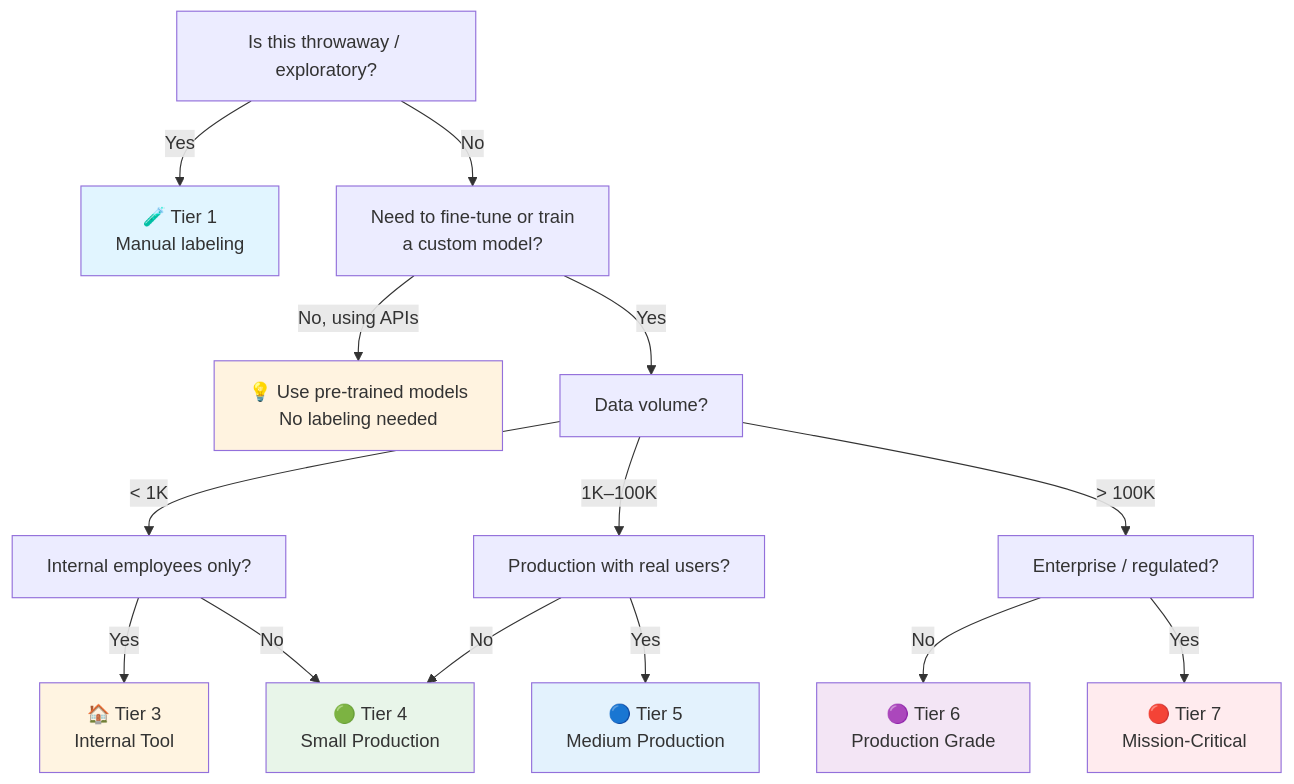
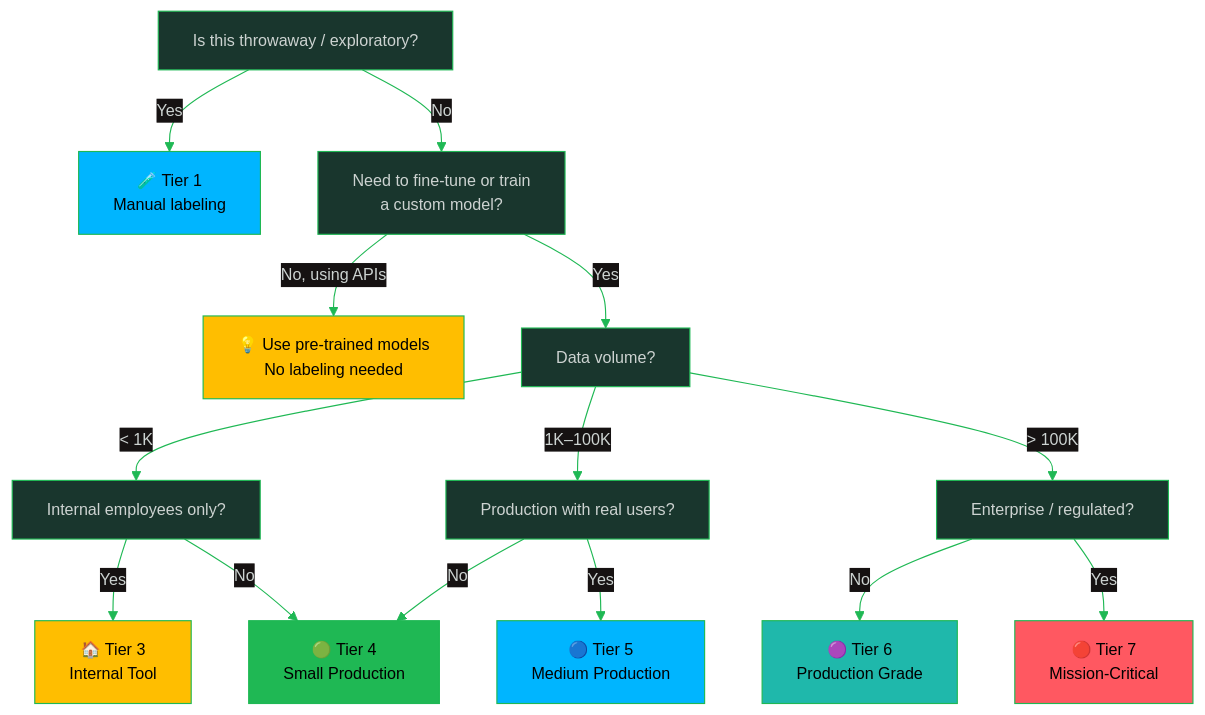
One commit to oat431/swe-knowledge changed the diagram in checklist/ai-checklist/ai-data-labeling.md. Above: the diagram before and after it, drawn with Mermaid. The commit also changed other lines of this file and 83 other files, not shown here.

````diff
--- a/checklist/ai-checklist/ai-data-labeling.md
+++ b/checklist/ai-checklist/ai-data-labeling.md
@@ -140,24 +140,25 @@
 ```mermaid
+%%{init: {'theme':'base','themeVariables':{'primaryColor':'#19362D','primaryTextColor':'#CDD3D1','primaryBorderColor':'#1FB854','lineColor':'#1FB854','secondaryColor':'#161212','tertiaryColor':'#1B1717','background':'#1B1717','mainBkg':'#19362D','nodeBorder':'#1FB854','clusterBkg':'#161212','clusterBorder':'#19362D','titleColor':'#1FB854','edgeLabelBackground':'#161212','fontSize':'14px'}}}%%
 flowchart TD
     A[Is this throwaway / exploratory?] -->|Yes| T1[🧪 Tier 1<br/>Manual labeling]
     A -->|No| B[Need to fine-tune or train<br/>a custom model?]
     B -->|No, using APIs| SKIP[💡 Use pre-trained models<br/>No labeling needed]
     B -->|Yes| C[Data volume?]
     C -->|< 1K| D[Internal employees only?]
     C -->|1K–100K| E[Production with real users?]
     C -->|> 100K| F[Enterprise / regulated?]
     D -->|Yes| T3[🏠 Tier 3<br/>Internal Tool]
     D -->|No| T4[🟢 Tier 4<br/>Small Production]
     E -->|No| T4
     E -->|Yes| T5[🔵 Tier 5<br/>Medium Production]
     F -->|No| T6[🟣 Tier 6<br/>Production Grade]
     F -->|Yes| T7[🔴 Tier 7<br/>Mission-Critical]
     
-    style T1 fill:#e1f5ff
-    style SKIP fill:#fff3e0
-    style T3 fill:#fff4e1
-    style T4 fill:#e8f5e9
-    style T5 fill:#e3f2fd
-    style T6 fill:#f3e5f5
-    style T7 fill:#ffebee
+    style T1 fill:#00B5FF,color:#000000
+    style SKIP fill:#FFBE00,color:#000000
+    style T3 fill:#FFBE00,color:#000000
+    style T4 fill:#1FB854,color:#000000
+    style T5 fill:#00B5FF,color:#000000
+    style T6 fill:#1FB8AB,color:#000000
+    style T7 fill:#FF5861,color:#000000
 ```
````
